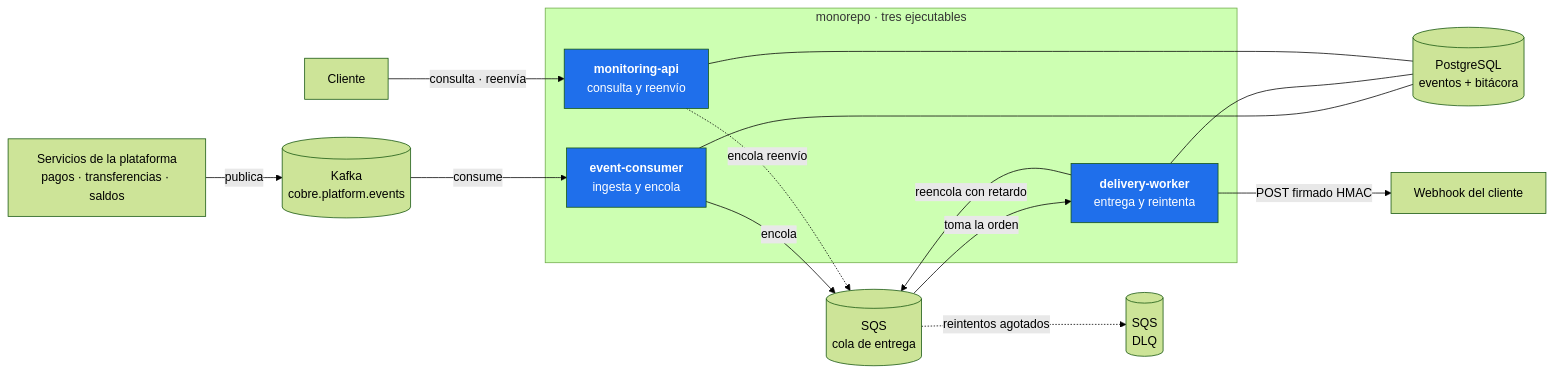
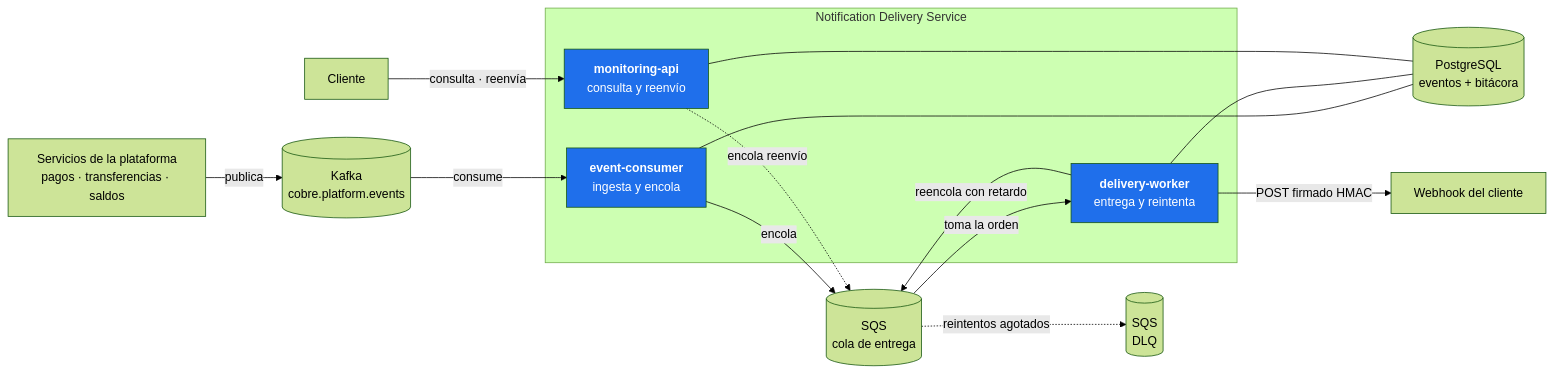
The first of 5 diagrams in README.md (ssalaza7/cobre-notification-delivery), drawn with Mermaid (forest theme) before and after one commit. The commit also changed other lines of this file and 1 other file, not shown here.

````diff
--- a/README.md
+++ b/README.md
@@ -18,33 +18,33 @@
 ```mermaid
 flowchart LR
     SVC["Servicios de la plataforma<br/>pagos · transferencias · saldos"]
     K[("Kafka<br/>cobre.platform.events")]
     Q[("SQS<br/>cola de entrega")]
     DLQ[("SQS<br/>DLQ")]
     DB[("PostgreSQL<br/>eventos + bitácora")]
     CLI["Webhook del cliente"]
     USR["Cliente"]
 
-    subgraph repo["monorepo · tres ejecutables"]
+    subgraph svc["Notification Delivery Service"]
         CON["<b>event-consumer</b><br/>ingesta y encola"]
         W["<b>delivery-worker</b><br/>entrega y reintenta"]
         API["<b>monitoring-api</b><br/>consulta y reenvío"]
     end
 
     SVC -->|publica| K
     K -->|consume| CON
     CON -->|encola| Q
     CON --- DB
     Q -->|toma la orden| W
     W -->|reencola con retardo| Q
     Q -.->|reintentos agotados| DLQ
     W -->|POST firmado HMAC| CLI
     W --- DB
     API --- DB
     USR -->|consulta · reenvía| API
     API -.->|encola reenvío| Q
 
     style CON fill:#1f6feb,color:#fff
     style W fill:#1f6feb,color:#fff
     style API fill:#1f6feb,color:#fff
 ```
````
